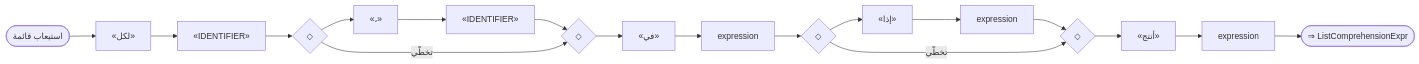
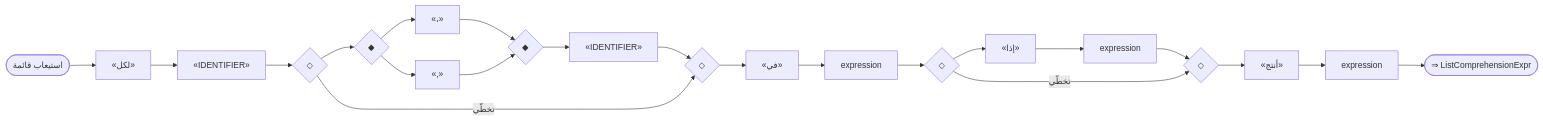
One commit to sadlang/sadlang changed diagram 25 of 57 in docs/parser_rule/_generated/60_advanced.md. Above: the diagram before and after it, drawn with Mermaid. The commit also changed other lines of this file and 103 other files, not shown here.

````diff
--- a/docs/parser_rule/_generated/60_advanced.md
+++ b/docs/parser_rule/_generated/60_advanced.md
@@ -802,36 +816,43 @@
 ```mermaid
 flowchart LR
   n1(["استيعاب قائمة"])
   n2["«لكل»"]
   n3["«IDENTIFIER»"]
   n2 --> n3
   n4{"◇"}
   n5{"◇"}
-  n6["«،»"]
-  n7["«IDENTIFIER»"]
-  n6 --> n7
+  n6{"◆"}
+  n7{"◆"}
+  n8["«،»"]
+  n6 --> n8
+  n8 --> n7
+  n9["«,»"]
+  n6 --> n9
+  n9 --> n7
+  n10["«IDENTIFIER»"]
+  n7 --> n10
   n4 --> n6
-  n7 --> n5
+  n10 --> n5
   n4 -- "تخطّي" --> n5
   n3 --> n4
-  n8["«في»"]
-  n5 --> n8
-  n9["expression"]
-  n8 --> n9
-  n10{"◇"}
-  n11{"◇"}
-  n12["«إذا»"]
-  n13["expression"]
+  n11["«في»"]
+  n5 --> n11
+  n12["expression"]
+  n11 --> n12
+  n13{"◇"}
+  n14{"◇"}
+  n15["«إذا»"]
+  n16["expression"]
+  n15 --> n16
+  n13 --> n15
+  n16 --> n14
+  n13 -- "تخطّي" --> n14
   n12 --> n13
-  n10 --> n12
-  n13 --> n11
-  n10 -- "تخطّي" --> n11
-  n9 --> n10
-  n14["«أنتج»"]
-  n11 --> n14
-  n15["expression"]
-  n14 --> n15
+  n17["«أنتج»"]
+  n14 --> n17
+  n18["expression"]
+  n17 --> n18
   n1 --> n2
-  n16(["⇒ ListComprehensionExpr"])
-  n15 --> n16
+  n19(["⇒ ListComprehensionExpr"])
+  n18 --> n19
 ```
````
